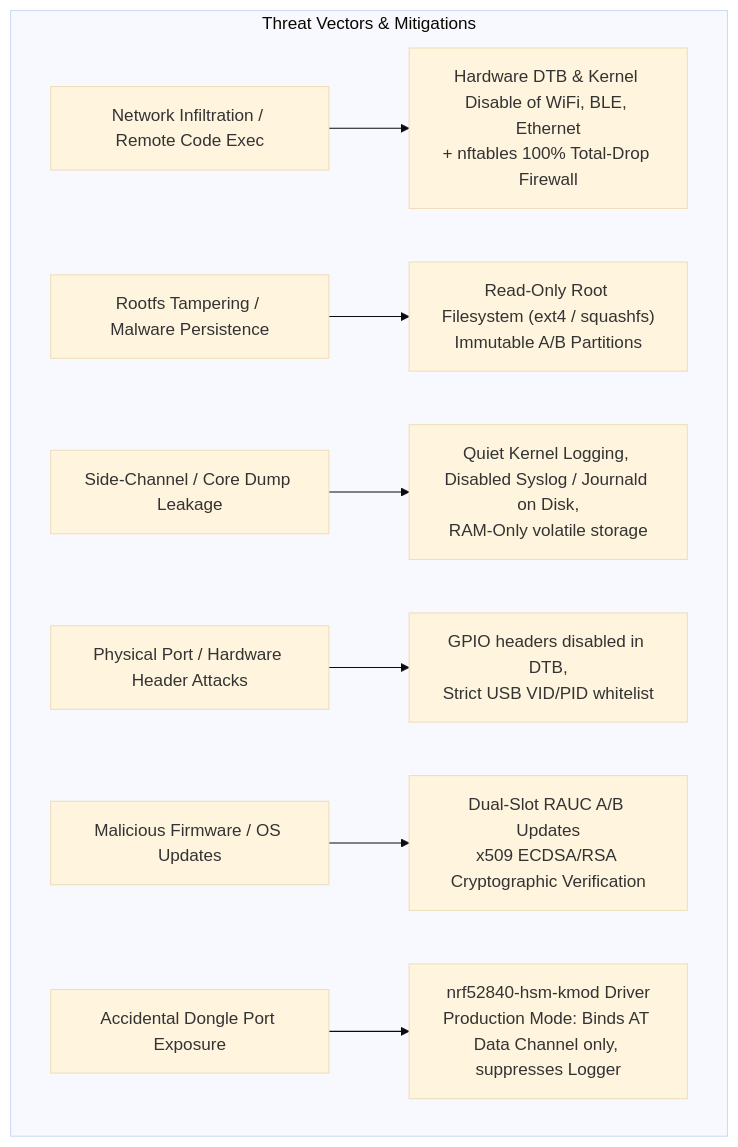
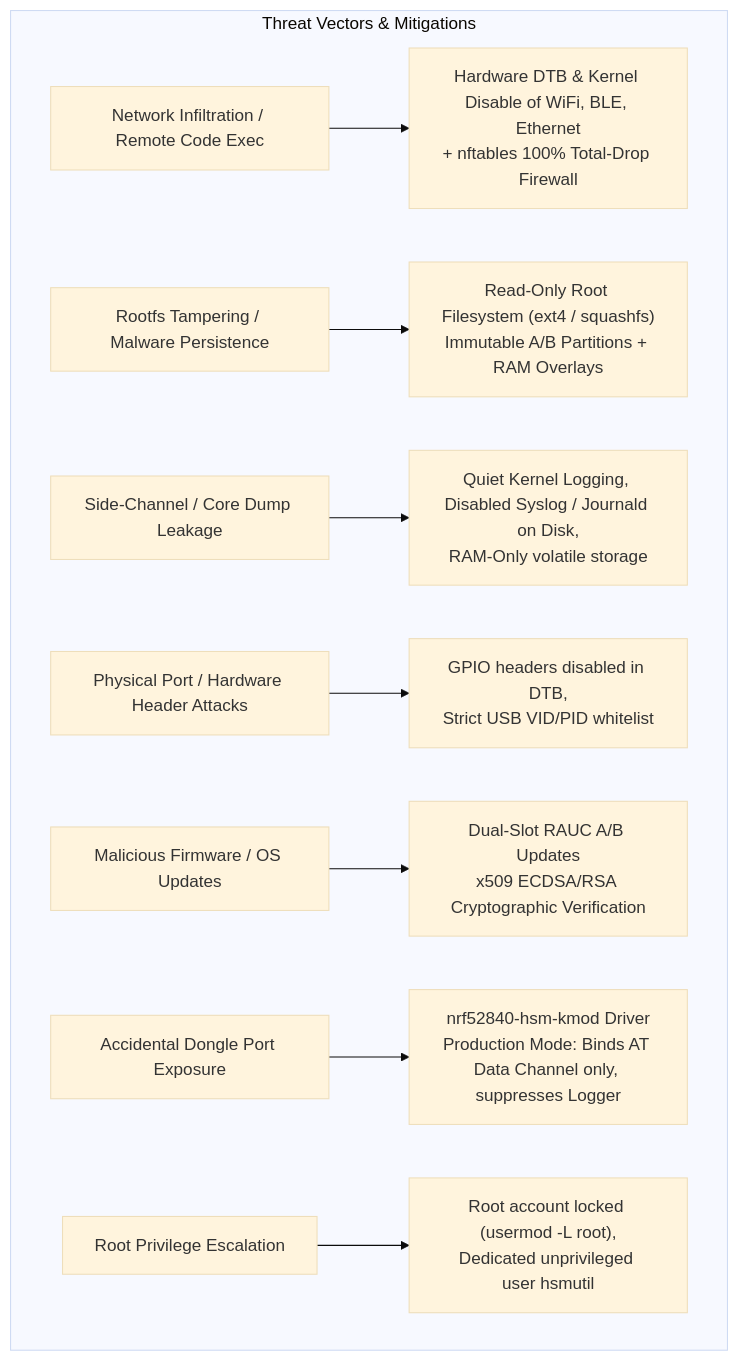
Before and after one commit to gpfister/hsm-obsidian: the first of 4 diagrams in Architecture/07 - Air-Gapped RPi HSM OS Architecture.md, drawn with Mermaid (base theme). The commit also changed other lines of this file and 5 other files, not shown here.

````diff
--- a/Architecture/07 - Air-Gapped RPi HSM OS Architecture.md
+++ b/Architecture/07 - Air-Gapped RPi HSM OS Architecture.md
@@ -31,11 +32,12 @@
 ```mermaid
 flowchart TD
     subgraph Threats ["Threat Vectors & Mitigations"]
         T1["Network Infiltration / Remote Code Exec"] --> M1["Hardware DTB & Kernel Disable of WiFi, BLE, Ethernet\n+ nftables 100% Total-Drop Firewall"]
-        T2["Rootfs Tampering / Malware Persistence"] --> M2["Read-Only Root Filesystem (ext4 / squashfs)\nImmutable A/B Partitions"]
+        T2["Rootfs Tampering / Malware Persistence"] --> M2["Read-Only Root Filesystem (ext4 / squashfs)\nImmutable A/B Partitions + RAM Overlays"]
         T3["Side-Channel / Core Dump Leakage"] --> M3["Quiet Kernel Logging, Disabled Syslog / Journald on Disk,\nRAM-Only volatile storage"]
         T4["Physical Port / Hardware Header Attacks"] --> M4["GPIO headers disabled in DTB,\nStrict USB VID/PID whitelist"]
         T5["Malicious Firmware / OS Updates"] --> M5["Dual-Slot RAUC A/B Updates\nx509 ECDSA/RSA Cryptographic Verification"]
         T6["Accidental Dongle Port Exposure"] --> M6["nrf52840-hsm-kmod Driver\nProduction Mode: Binds AT Data Channel only, suppresses Logger"]
+        T7["Root Privilege Escalation"] --> M7["Root account locked (usermod -L root),\nDedicated unprivileged user hsmutil"]
     end
 ```
````
